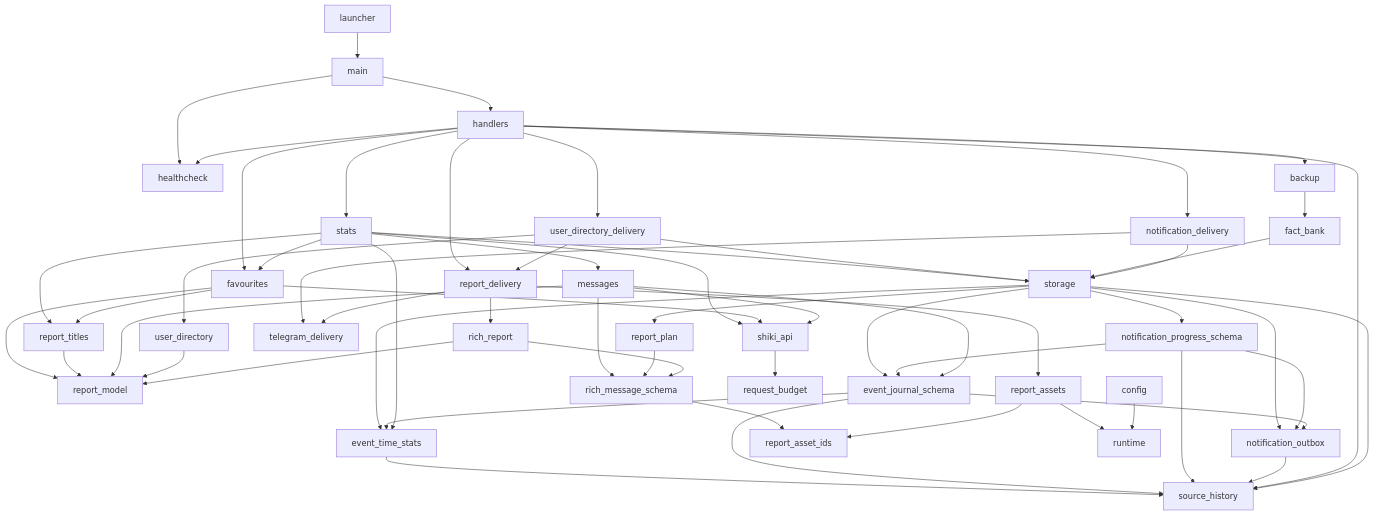
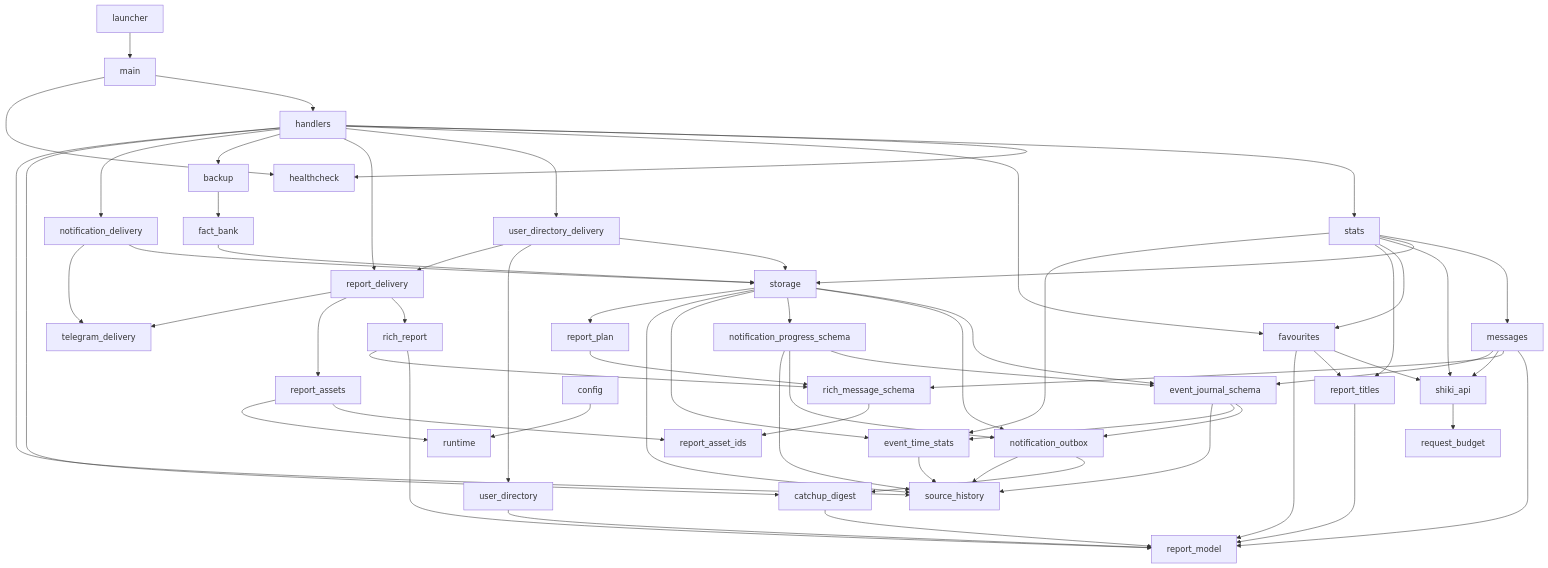
Before and after one commit to WorgaNomoR/ShikiUpdatesBot: the diagram in ARCHITECTURE.md, drawn with Mermaid. The commit also changed other lines of this file and 24 other files, not shown here.

````diff
--- a/ARCHITECTURE.md
+++ b/ARCHITECTURE.md
@@ -84,61 +86,64 @@
 ```mermaid
 graph TD
     launcher --> main
     main --> handlers
     main --> healthcheck
     handlers --> healthcheck
     handlers --> stats
     handlers --> favourites
     handlers --> user_directory_delivery
     handlers --> report_delivery
     handlers --> backup
     stats --> messages
     stats --> storage
     stats --> shiki_api
     stats --> favourites
     stats --> report_titles
     favourites --> shiki_api
     favourites --> report_titles
     favourites --> report_model
     report_titles --> report_model
     messages --> report_model
     messages --> rich_message_schema
     messages --> shiki_api
     user_directory_delivery --> storage
     user_directory_delivery --> user_directory
     user_directory_delivery --> report_delivery
     user_directory --> report_model
     backup --> fact_bank
     fact_bank --> storage
     storage --> event_journal_schema
     storage --> notification_outbox
     storage --> notification_progress_schema
     notification_progress_schema --> event_journal_schema
     notification_progress_schema --> notification_outbox
     event_journal_schema --> notification_outbox
     handlers --> notification_delivery
+    handlers --> catchup_digest
+    notification_outbox --> catchup_digest
+    catchup_digest --> report_model
     notification_delivery --> storage
     notification_delivery --> telegram_delivery
     storage --> event_time_stats
     event_journal_schema --> event_time_stats
     event_time_stats --> source_history
     event_journal_schema --> source_history
     notification_progress_schema --> source_history
     notification_outbox --> source_history
     handlers --> source_history
     storage --> source_history
     stats --> event_time_stats
     messages --> event_journal_schema
     storage --> report_plan
     report_plan --> rich_message_schema
     report_delivery --> rich_report
     report_delivery --> report_assets
     report_delivery --> telegram_delivery
     rich_report --> report_model
     rich_report --> rich_message_schema
     rich_message_schema --> report_asset_ids
     report_assets --> report_asset_ids
     report_assets --> runtime
     shiki_api --> request_budget
     config --> runtime
 ```
````
